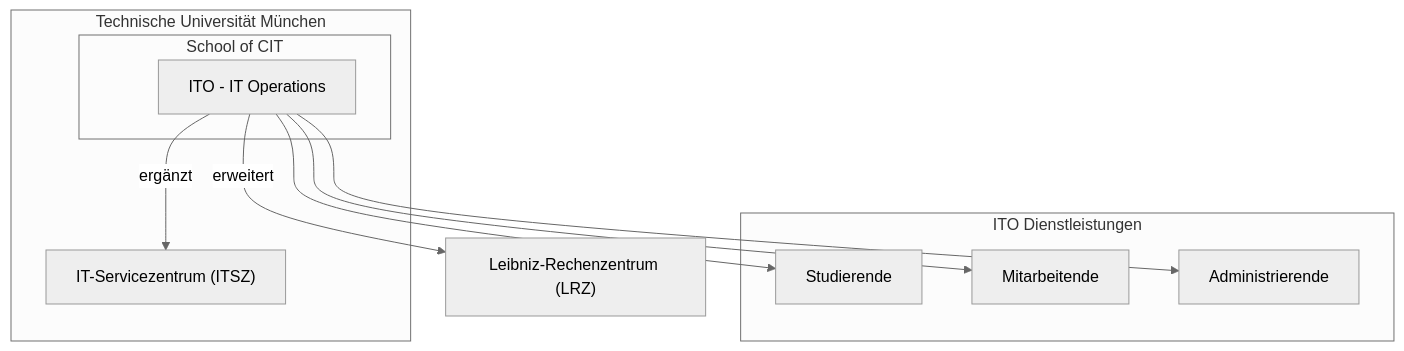
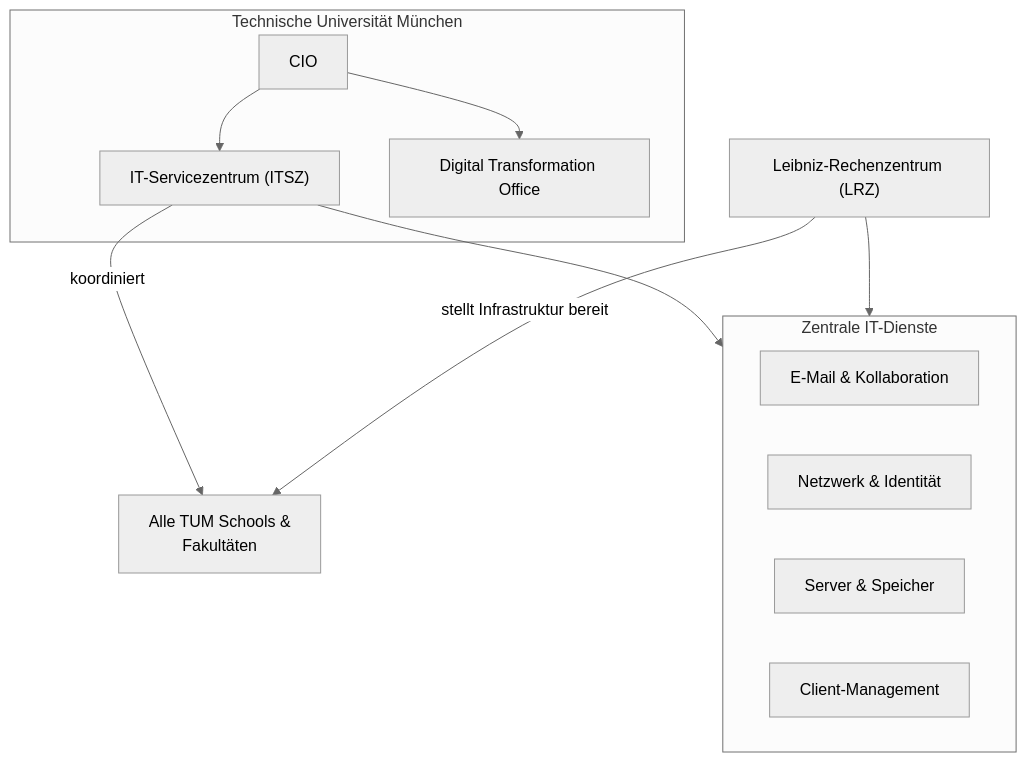
Before and after one commit to jtimo/tum-ito-admin-guide: the diagram in de/index.qmd, drawn with Mermaid (neutral theme). The commit also changed other lines of this file and 21 other files, not shown here.

````diff
--- a/de/index.qmd
+++ b/de/index.qmd
@@ -24,24 +24,23 @@
 ```{mermaid}
-%%| fig-cap: "ITO Service-Ökosystem"
+%%| fig-cap: "TUM IT Service-Ökosystem"
 flowchart TB
     subgraph TUM["Technische Universität München"]
-        subgraph CIT["School of CIT"]
-            ITO["ITO - IT Operations"]
-        end
-        ITSZ["IT-Servicezentrum (ITSZ)"]
+        CIO["CIO"]
+        CIO --> ITSZ["IT-Servicezentrum (ITSZ)"]
+        CIO --> DXO["Digital Transformation Office"]
     end
     LRZ["Leibniz-Rechenzentrum (LRZ)"]
 
-    ITO --> |ergänzt| ITSZ
-    ITO --> |erweitert| LRZ
+    ITSZ --> |koordiniert| Schools["Alle TUM Schools &<br/>Fakultäten"]
+    LRZ --> |stellt Infrastruktur bereit| Schools
 
-    subgraph Services["ITO Dienstleistungen"]
-        S1["Studierende"]
-        S2["Mitarbeitende"]
-        S3["Administrierende"]
+    subgraph Services["Zentrale IT-Dienste"]
+        S1["E-Mail & Kollaboration"]
+        S2["Netzwerk & Identität"]
+        S3["Server & Speicher"]
+        S4["Client-Management"]
     end
 
-    ITO --> S1
-    ITO --> S2
-    ITO --> S3
+    ITSZ --> Services
+    LRZ --> Services
 ```
````
